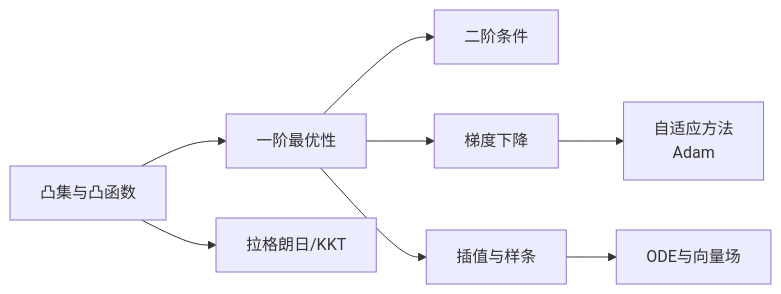
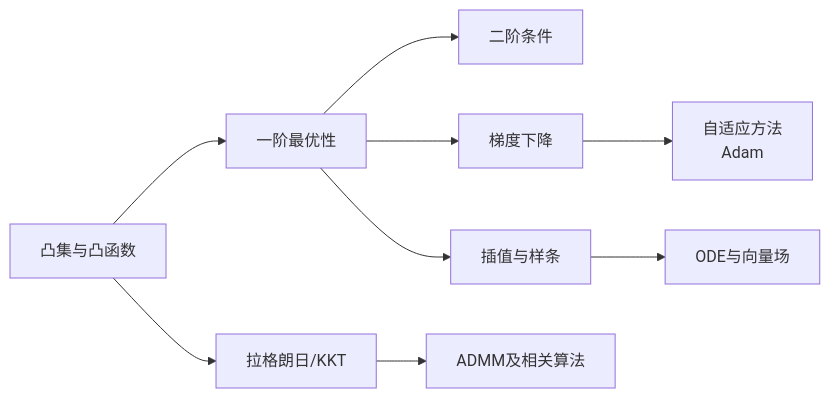
One commit to Yaoyaolingbro/hello-dl changed the diagram in docs/01-math/optimization/index.md. Above: the diagram before and after it, drawn with Mermaid. The commit also changed other lines of this file and 3 other files, not shown here.

````diff
--- a/docs/01-math/optimization/index.md
+++ b/docs/01-math/optimization/index.md
@@ -7,10 +7,11 @@
 ```mermaid
 graph LR
     A[凸集与凸函数] --> B[一阶最优性]
     B --> C[二阶条件]
     B --> D[梯度下降]
     D --> E[自适应方法\nAdam]
     A --> F[拉格朗日/KKT]
+    F --> ADMM[ADMM及相关算法]
     B --> G[插值与样条]
     G --> H[ODE与向量场]
 ```
````
